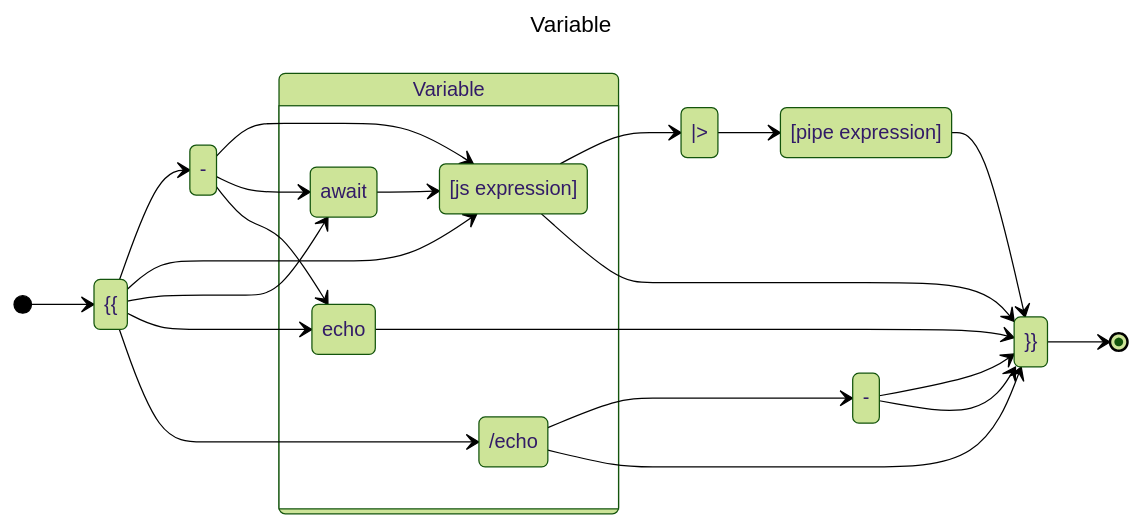
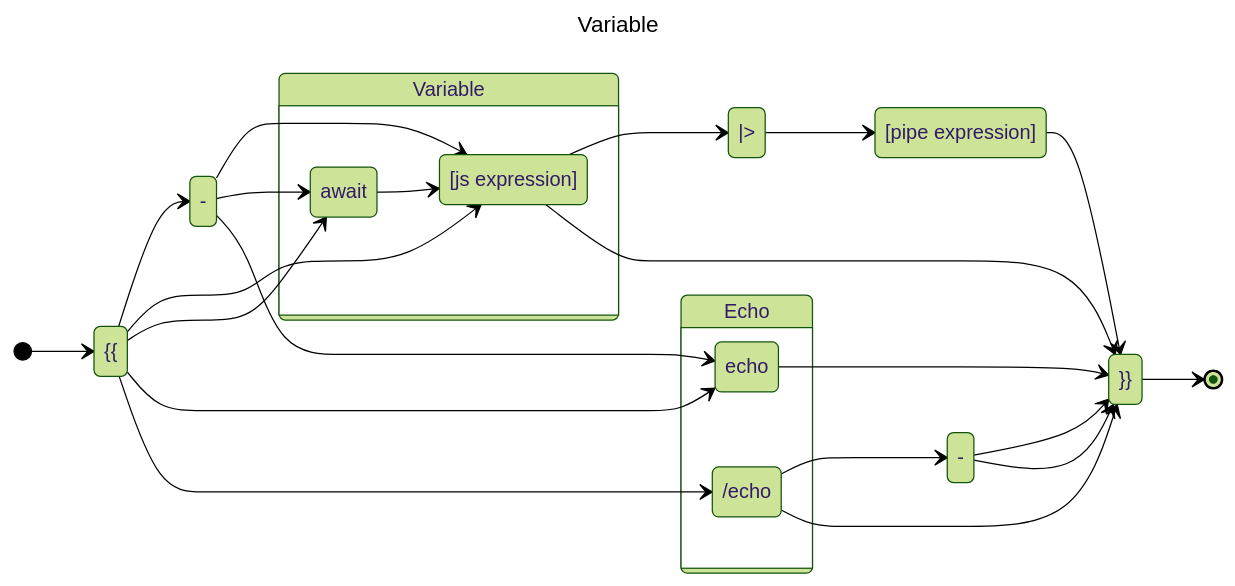
One commit to ventojs/webstorm-vento changed the second of 11 diagrams in statemachine-v2.md. Above: the diagram before and after it, drawn with Mermaid. The commit also changed other lines of this file, not shown here.

First line of the commit message:
chore(docs): refine Vento State Machine diagrams structure

````diff
--- a/statemachine-v2.md
+++ b/statemachine-v2.md
@@ -47,59 +48,65 @@
 ```mermaid
 ---
 title: Variable
 config:
   theme: 'forest'
   themeVariables:
     darkmode: 'false'
     background: '#ffffff'
 ---
 stateDiagram-v2
     direction LR
 
     state "|>" as pipe
     state "[pipe expression]" as pipeExpression
 
     [*] --> open2
 
     close2 --> [*]
 
 %% variable
     state "{{" as open2
     state "}}" as close2
     state "-" as odash2
     state "-" as cdash2
     open2 --> odash2
     open2 --> expression
     open2 --> vawait
     odash2 --> expression
     odash2 --> vawait
     vawait --> expression
 
-state "Variable" as grVariable {
+grVariable: Variable
+state  grVariable {
     state "[js expression]" as expression
     state "await" as vawait
+}
+
+grEcho: Echo
+state  grEcho{
     state "echo" as echo
     state "/echo" as cecho
-}
+
+ }
     expression --> pipe
 
 
     pipe --> pipeExpression
 
     cdash2 --> close2
     expression -->close2
     pipeExpression --> close2
 
 %% echo
 
     open2 --> echo
     odash2 --> echo
     echo --> close2
 
     open2 --> cecho
     cecho --> cdash2
     cdash2 --> close2
     cecho --> close2
 
 
 ```
````
